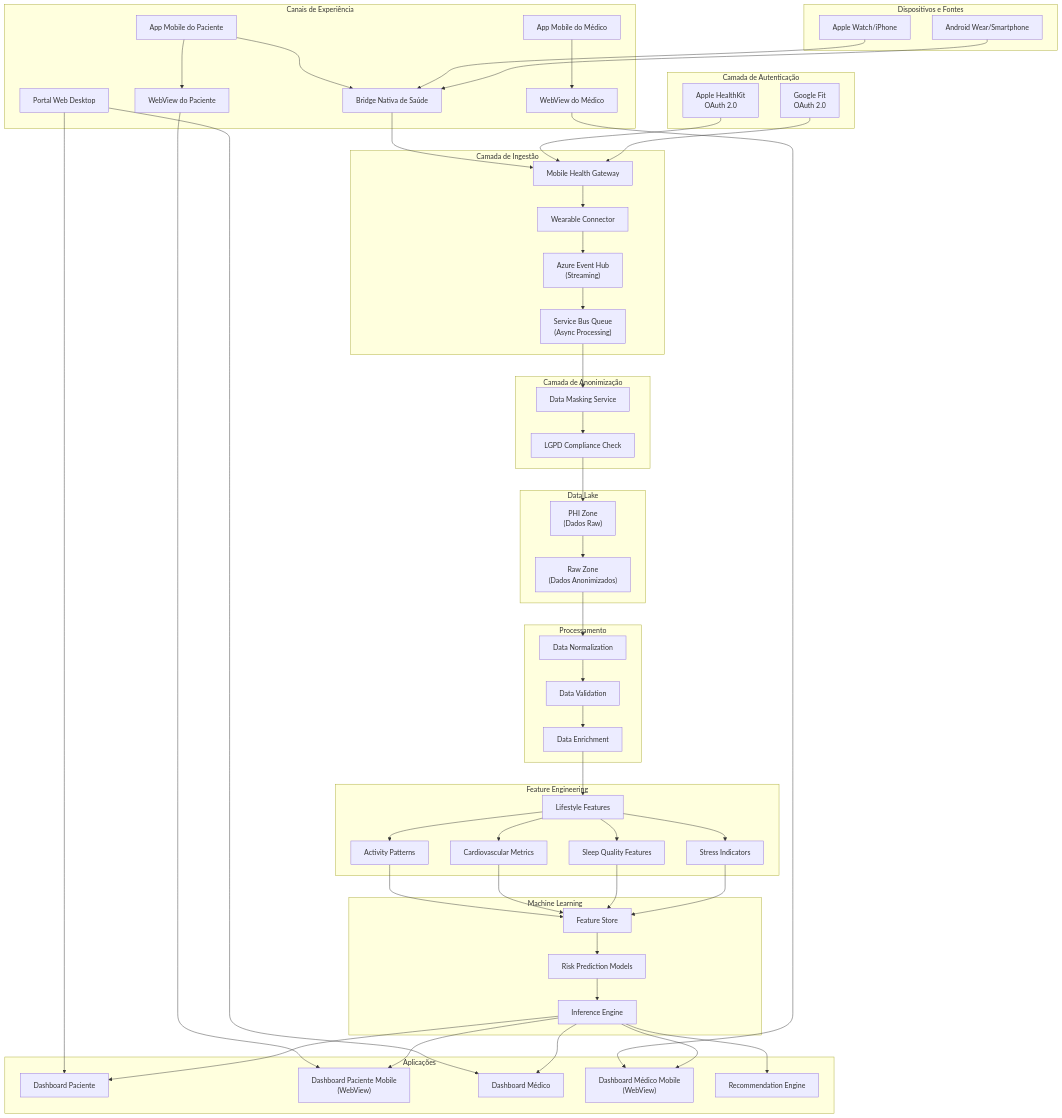
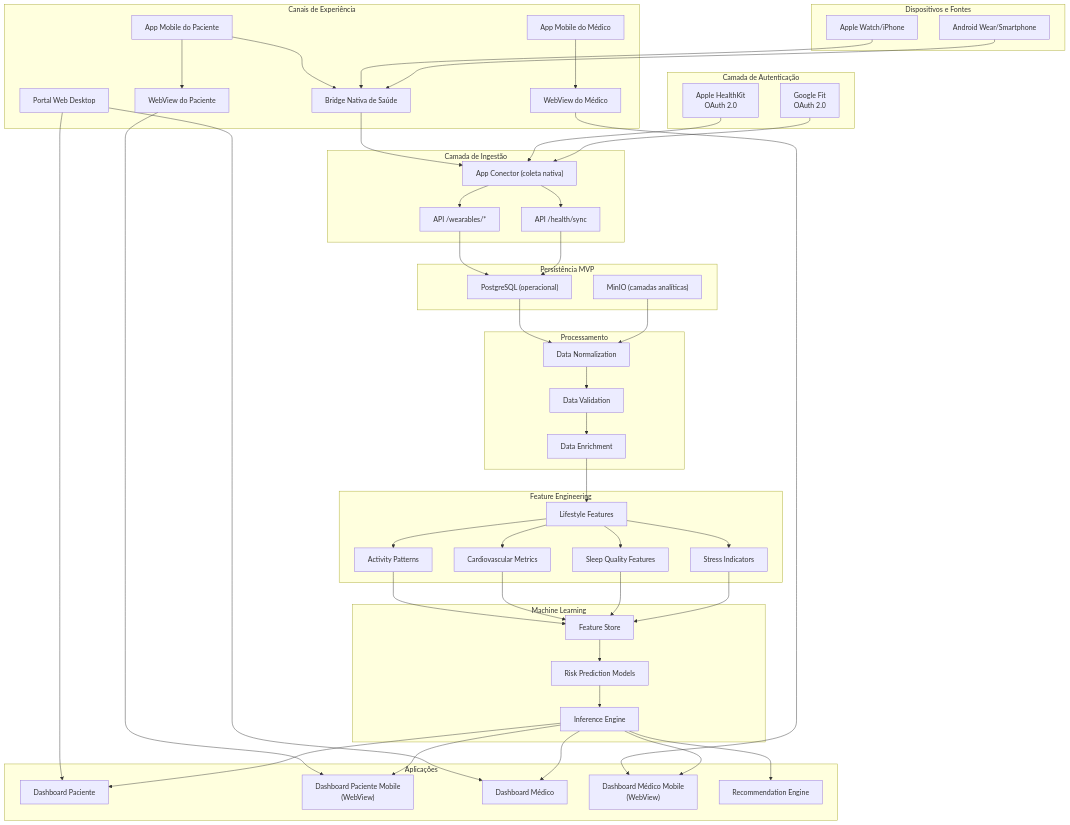
The diagram in INTEGRACAO_WEARABLES.md (ccps1-care-predict/care-plus-ccps1), drawn with Mermaid before and after one commit. The commit also changed other lines of this file and 7 other files, not shown here.

```diff
--- a/INTEGRACAO_WEARABLES.md
+++ b/INTEGRACAO_WEARABLES.md
@@ -93,20 +93,14 @@
 end
 
 subgraph IngestLayer["Camada de Ingestão"]
-    WearableConnector["Wearable Connector"]
-    MobileGateway["Mobile Health Gateway"]
-    EventHub["Azure Event Hub<br/>(Streaming)"]
-    Queue["Service Bus Queue<br/>(Async Processing)"]
+  MobileGateway["App Conector (coleta nativa)"]
+  ApiWearables["API /wearables/*"]
+  ApiHealthSync["API /health/sync"]
 end
 
-subgraph AnonymizationLayer["Camada de Anonimização"]
-    DataMasking["Data Masking Service"]
-    LGPD["LGPD Compliance Check"]
-end
-
-subgraph StorageLayer["Data Lake"]
-    PHI["PHI Zone<br/>(Dados Raw)"]
-    Raw["Raw Zone<br/>(Dados Anonimizados)"]
+subgraph StorageLayer["Persistência MVP"]
+  Postgres["PostgreSQL (operacional)"]
+  MinIO["MinIO (camadas analíticas)"]
 end
 
 subgraph ProcessingLayer["Processamento"]
@@ -149,19 +143,16 @@
 AndroidWear --> NativeHealth
 
 NativeHealth --> MobileGateway
-MobileGateway --> WearableConnector
+MobileGateway --> ApiWearables
+MobileGateway --> ApiHealthSync
 
 AppleAuth --> MobileGateway
 GoogleAuth --> MobileGateway
 
-WearableConnector --> EventHub
-EventHub --> Queue
-Queue --> DataMasking
-DataMasking --> LGPD
-LGPD --> PHI
-PHI --> Raw
-
-Raw --> Normalization
+ApiWearables --> Postgres
+ApiHealthSync --> Postgres
+Postgres --> Normalization
+MinIO --> Normalization
 Normalization --> Validation
 Validation --> Enrichment
 Enrichment --> LifestyleFeatures
```
